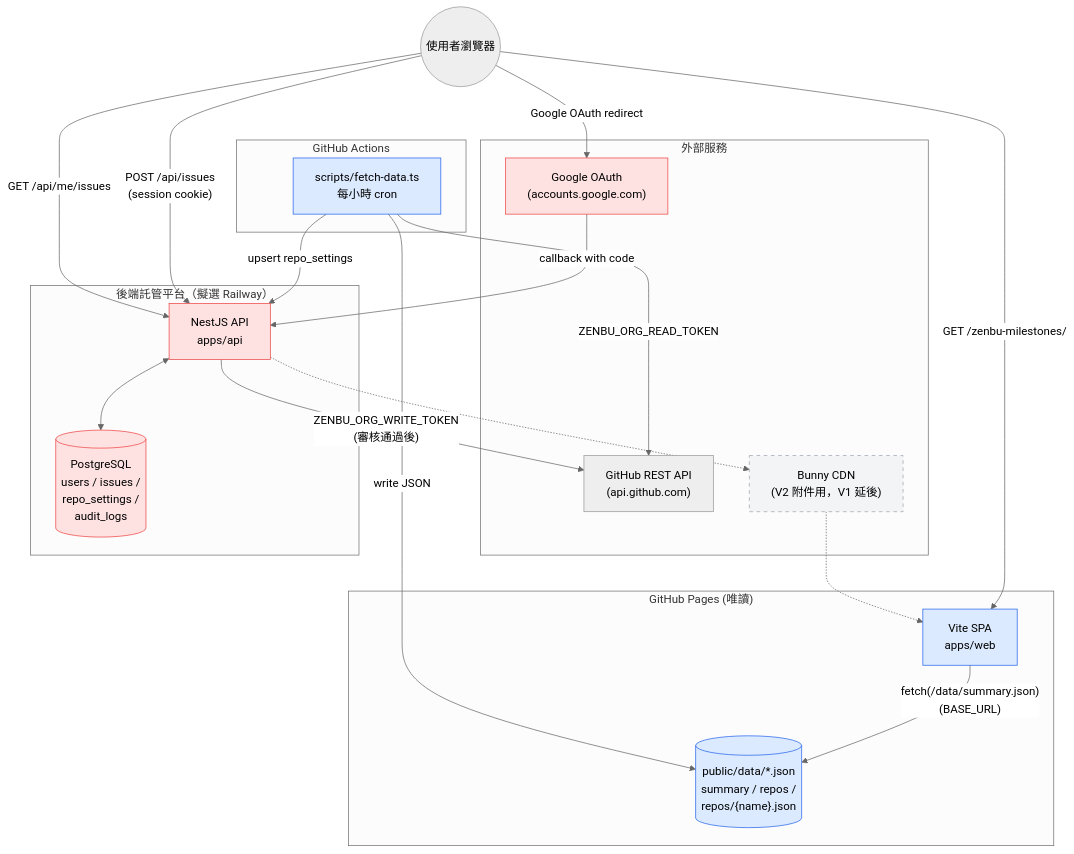
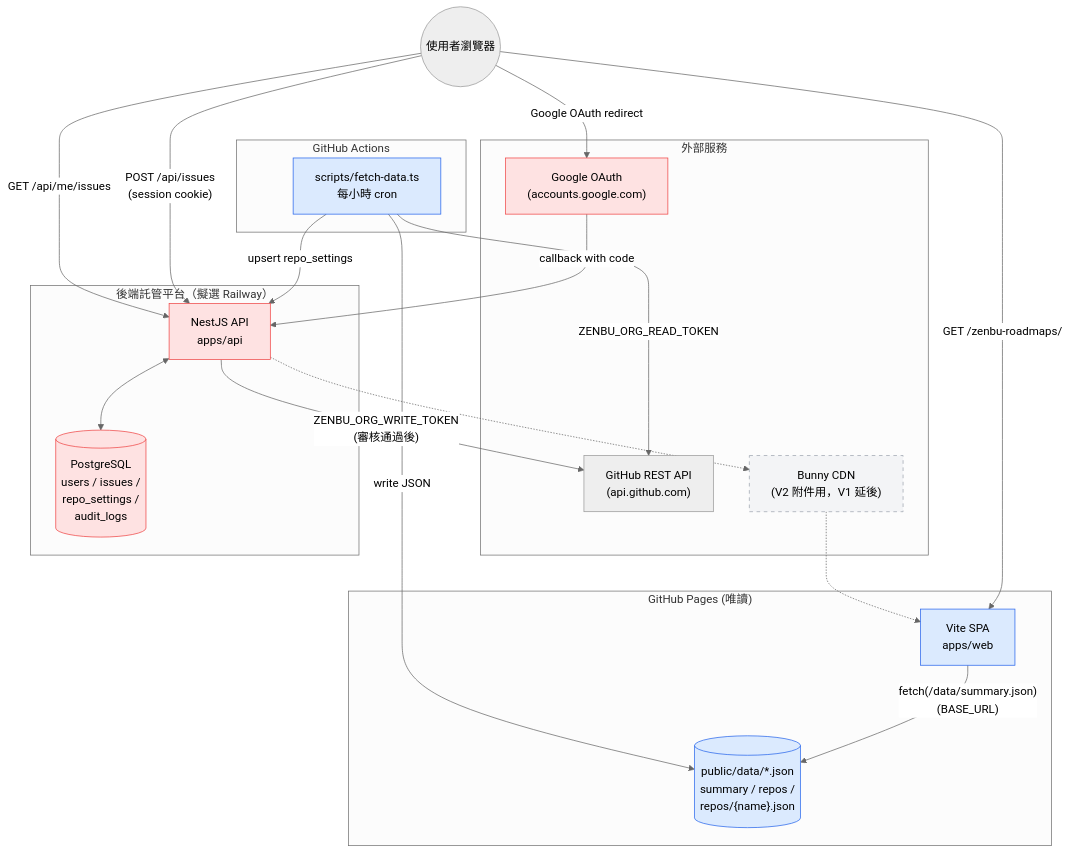
One commit to zenbuapps/zenbu-milestones changed the first of 2 diagrams in specs/visitor-issue-submission/plan.md. Above: the diagram before and after it, drawn with Mermaid (neutral theme). The commit also changed other lines of this file and 53 other files, not shown here.

First line of the commit message:
refactor: rename project zenbu-milestones to zenbu-roadmaps

````diff
--- a/specs/visitor-issue-submission/plan.md
+++ b/specs/visitor-issue-submission/plan.md
@@ -69,50 +69,50 @@
 ```mermaid
 flowchart TB
   subgraph External["外部服務"]
     GH["GitHub REST API<br/>(api.github.com)"]
     GOOG["Google OAuth<br/>(accounts.google.com)"]
     BUNNY["Bunny CDN<br/>(V2 附件用，V1 延後)"]
   end
 
   subgraph Hosted["後端託管平台（擬選 Railway）"]
     API["NestJS API<br/>apps/api"]
     DB[("PostgreSQL<br/>users / issues /<br/>repo_settings /<br/>audit_logs")]
     API <--> DB
   end
 
   subgraph GHPages["GitHub Pages (唯讀)"]
     FE["Vite SPA<br/>apps/web"]
     STATIC[("public/data/*.json<br/>summary / repos /<br/>repos/{name}.json")]
   end
 
   subgraph CI["GitHub Actions"]
     FETCHER["scripts/fetch-data.ts<br/>每小時 cron"]
   end
 
   %% Read path (公開，免登入)
-  User((使用者瀏覽器)) -- "GET /zenbu-milestones/" --> FE
+  User((使用者瀏覽器)) -- "GET /zenbu-roadmaps/" --> FE
   FE -- "fetch(/data/summary.json)<br/>(BASE_URL)" --> STATIC
   FETCHER -- "ZENBU_ORG_READ_TOKEN" --> GH
   FETCHER -- "write JSON" --> STATIC
   FETCHER -- "upsert repo_settings" --> API
 
   %% Write path (需登入)
   User -- "Google OAuth redirect" --> GOOG
   GOOG -- "callback with code" --> API
   User -- "POST /api/issues<br/>(session cookie)" --> API
   API -- "ZENBU_ORG_WRITE_TOKEN<br/>(審核通過後)" --> GH
 
   %% My-issues read path (需登入)
   User -- "GET /api/me/issues" --> API
 
   %% V2 附件 (目前 not wired)
   API -.-> BUNNY
   BUNNY -.-> FE
 
   classDef readPath fill:#dbeafe,stroke:#2563eb
   classDef writePath fill:#fee2e2,stroke:#ef4444
   classDef deferred fill:#f3f4f6,stroke:#9ca3af,stroke-dasharray:5 5
   class FE,STATIC,FETCHER readPath
   class API,DB,GOOG writePath
   class BUNNY deferred
 ```
````
